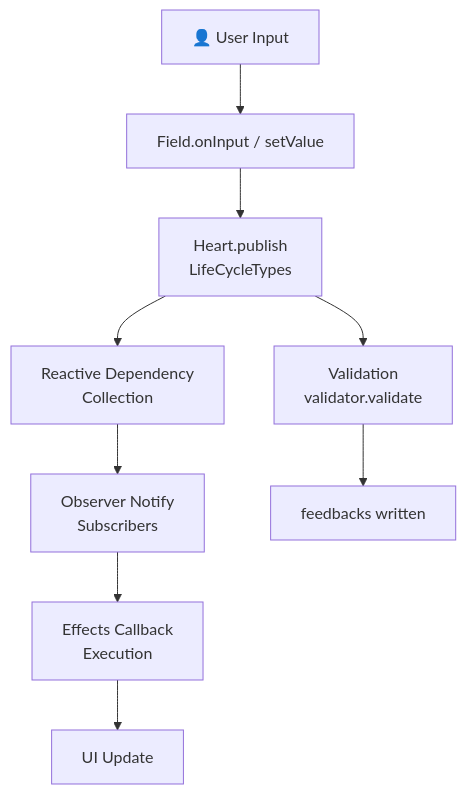
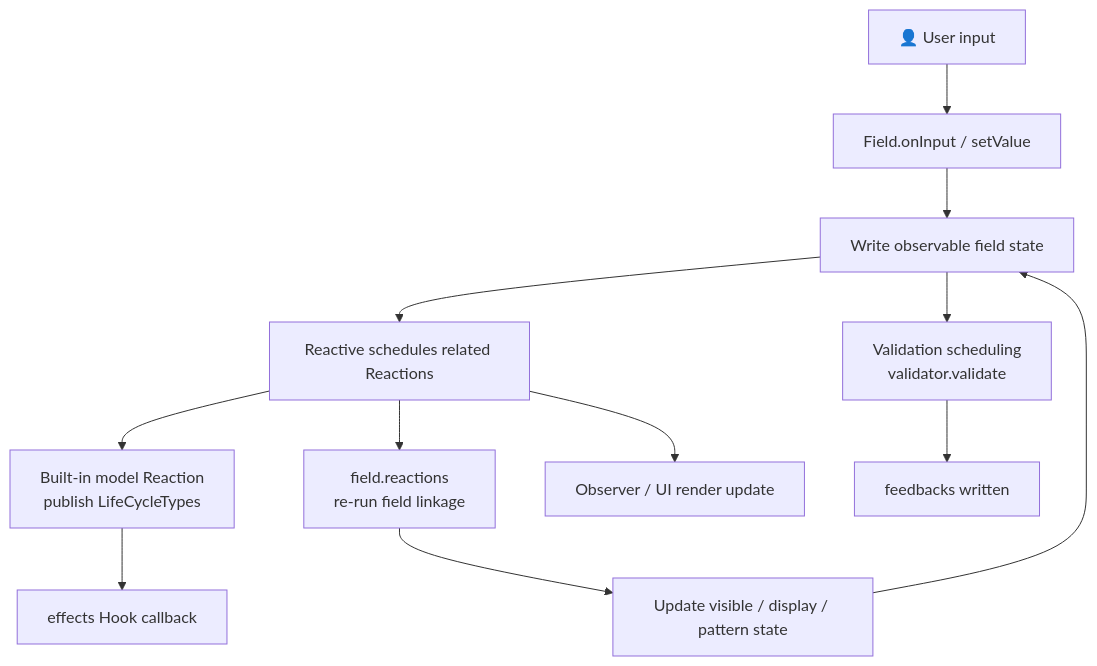
One commit to hezhengxu2018/silver-formily changed the second of 2 diagrams in apps/core-docs/en/guide/architecture.md. Above: the diagram before and after it, drawn with Mermaid. The commit also changed other lines of this file and 44 other files, not shown here.

````diff
--- a/apps/core-docs/en/guide/architecture.md
+++ b/apps/core-docs/en/guide/architecture.md
@@ -119,11 +155,14 @@
 ```mermaid
 graph TD
-    A["👤 User Input"] --> B["Field.onInput / setValue"]
-    B --> C["Heart.publish<br/>LifeCycleTypes"]
-    C --> D["Reactive Dependency<br/>Collection"]
-    D --> E["Observer Notify<br/>Subscribers"]
-    E --> F["Effects Callback<br/>Execution"]
-    F --> G["UI Update"]
-    C --> H["Validation<br/>validator.validate"]
-    H --> I["feedbacks written"]
+    A["👤 User input"] --> B["Field.onInput / setValue"]
+    B --> C["Write observable field state"]
+    C --> D["Reactive schedules related Reactions"]
+    D --> E["field.reactions<br/>re-run field linkage"]
+    E --> F["Update visible / display / pattern state"]
+    F --> C
+    D --> G["Built-in model Reaction<br/>publish LifeCycleTypes"]
+    G --> H["effects Hook callback"]
+    D --> I["Observer / UI render update"]
+    C --> J["Validation scheduling<br/>validator.validate"]
+    J --> K["feedbacks written"]
 ```
````
